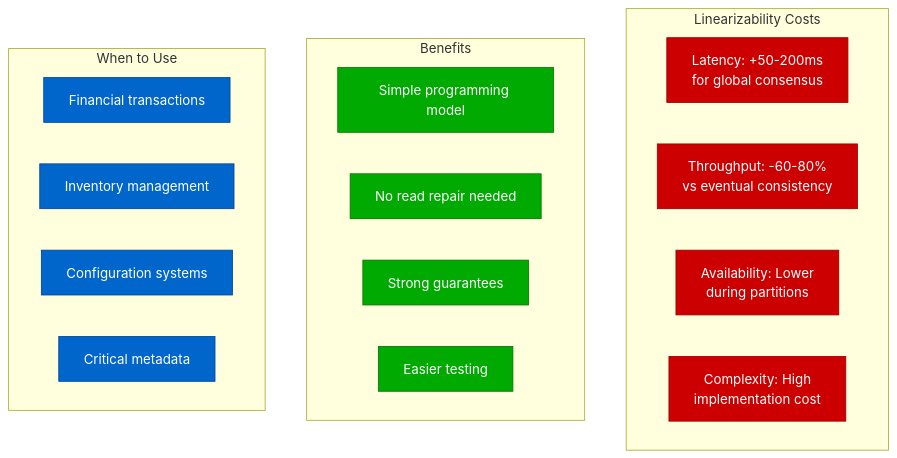
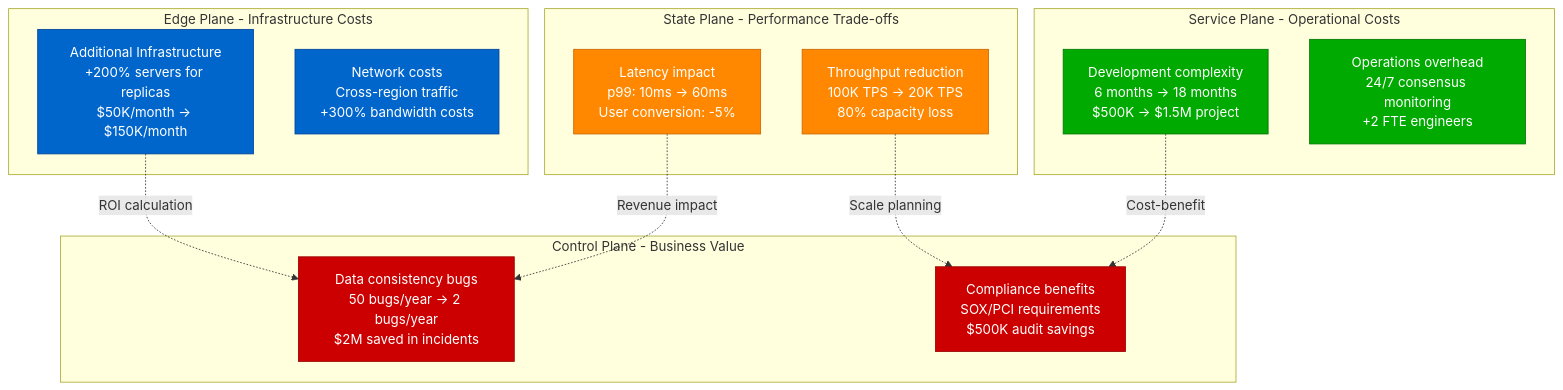
Before and after one commit to deepaucksharma/DS: the fourth of 5 diagrams in site/docs/guarantees/linearizability/linearizability-concept.md, drawn with Mermaid. The commit also changed other lines of this file and 42 other files, not shown here.

````diff
--- a/site/docs/guarantees/linearizability/linearizability-concept.md
+++ b/site/docs/guarantees/linearizability/linearizability-concept.md
@@ -133,31 +167,38 @@
 ```mermaid
 graph TB
-    subgraph Costs[Linearizability Costs]
-        L1[Latency: +50-200ms<br/>for global consensus]
-        L2[Throughput: -60-80%<br/>vs eventual consistency]
-        L3[Availability: Lower<br/>during partitions]
-        L4[Complexity: High<br/>implementation cost]
+    subgraph EDGE["Edge Plane - Infrastructure Costs"]
+        INFRA[Additional Infrastructure<br/>+200% servers for replicas<br/>$50K/month → $150K/month]
+        NET[Network costs<br/>Cross-region traffic<br/>+300% bandwidth costs]
     end
 
-    subgraph Benefits[Benefits]
-        B1[Simple programming model]
-        B2[No read repair needed]
-        B3[Strong guarantees]
-        B4[Easier testing]
+    subgraph SERVICE["Service Plane - Operational Costs"]
+        DEV[Development complexity<br/>6 months → 18 months<br/>$500K → $1.5M project]
+        OPS[Operations overhead<br/>24/7 consensus monitoring<br/>+2 FTE engineers]
     end
 
-    subgraph UseCases[When to Use]
-        U1[Financial transactions]
-        U2[Inventory management]
-        U3[Configuration systems]
-        U4[Critical metadata]
+    subgraph STATE["State Plane - Performance Trade-offs"]
+        LAT[Latency impact<br/>p99: 10ms → 60ms<br/>User conversion: -5%]
+        THR[Throughput reduction<br/>100K TPS → 20K TPS<br/>80% capacity loss]
     end
 
-    classDef costStyle fill:#CC0000,stroke:#990000,color:#fff
-    classDef benefitStyle fill:#00AA00,stroke:#007700,color:#fff
-    classDef useStyle fill:#0066CC,stroke:#004499,color:#fff
+    subgraph CONTROL["Control Plane - Business Value"]
+        BUG[Data consistency bugs<br/>50 bugs/year → 2 bugs/year<br/>$2M saved in incidents]
+        COMP[Compliance benefits<br/>SOX/PCI requirements<br/>$500K audit savings]
+    end
 
-    class L1,L2,L3,L4 costStyle
-    class B1,B2,B3,B4 benefitStyle
-    class U1,U2,U3,U4 useStyle
+    INFRA -.->|"ROI calculation"| BUG
+    DEV -.->|"Cost-benefit"| COMP
+    LAT -.->|"Revenue impact"| BUG
+    THR -.->|"Scale planning"| COMP
+
+    %% Production 4-plane colors
+    classDef edge fill:#0066CC,stroke:#004499,color:#fff
+    classDef service fill:#00AA00,stroke:#007700,color:#fff
+    classDef state fill:#FF8800,stroke:#CC6600,color:#fff
+    classDef control fill:#CC0000,stroke:#990000,color:#fff
+
+    class INFRA,NET edge
+    class DEV,OPS service
+    class LAT,THR state
+    class BUG,COMP control
 ```
````
